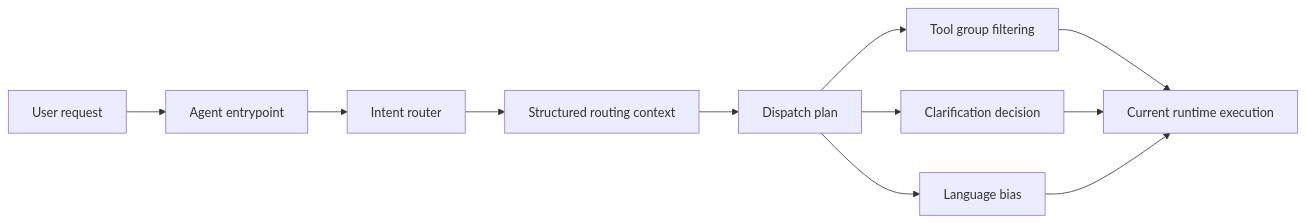
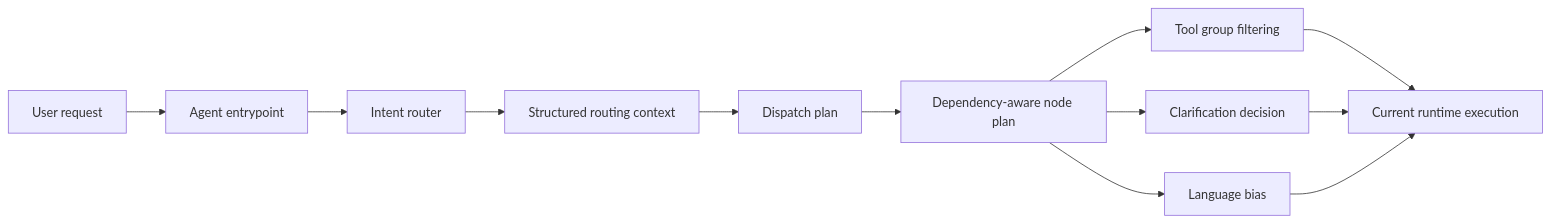
One commit to FajarArrizki/docs changed the first of 2 diagrams in agents/routing/intent-routing.mdx. Above: the diagram before and after it, drawn with Mermaid. The commit also changed other lines of this file and 8 other files, not shown here.

````diff
--- a/agents/routing/intent-routing.mdx
+++ b/agents/routing/intent-routing.mdx
@@ -44,13 +44,14 @@
 ```mermaid
 flowchart LR
     A[User request] --> B[Agent entrypoint]
     B --> C[Intent router]
     C --> D[Structured routing context]
     D --> E[Dispatch plan]
-    E --> F[Tool group filtering]
-    E --> G[Clarification decision]
-    E --> H[Language bias]
-    F --> I[Current runtime execution]
-    G --> I
-    H --> I
+    E --> F[Dependency-aware node plan]
+    F --> G[Tool group filtering]
+    F --> H[Clarification decision]
+    F --> I[Language bias]
+    G --> J[Current runtime execution]
+    H --> J
+    I --> J
 ```
````
